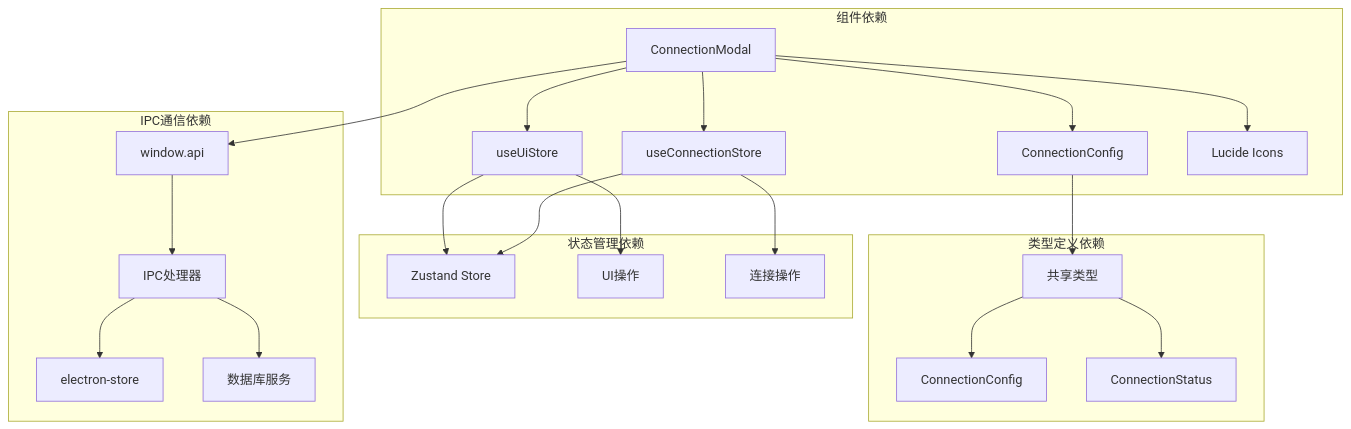
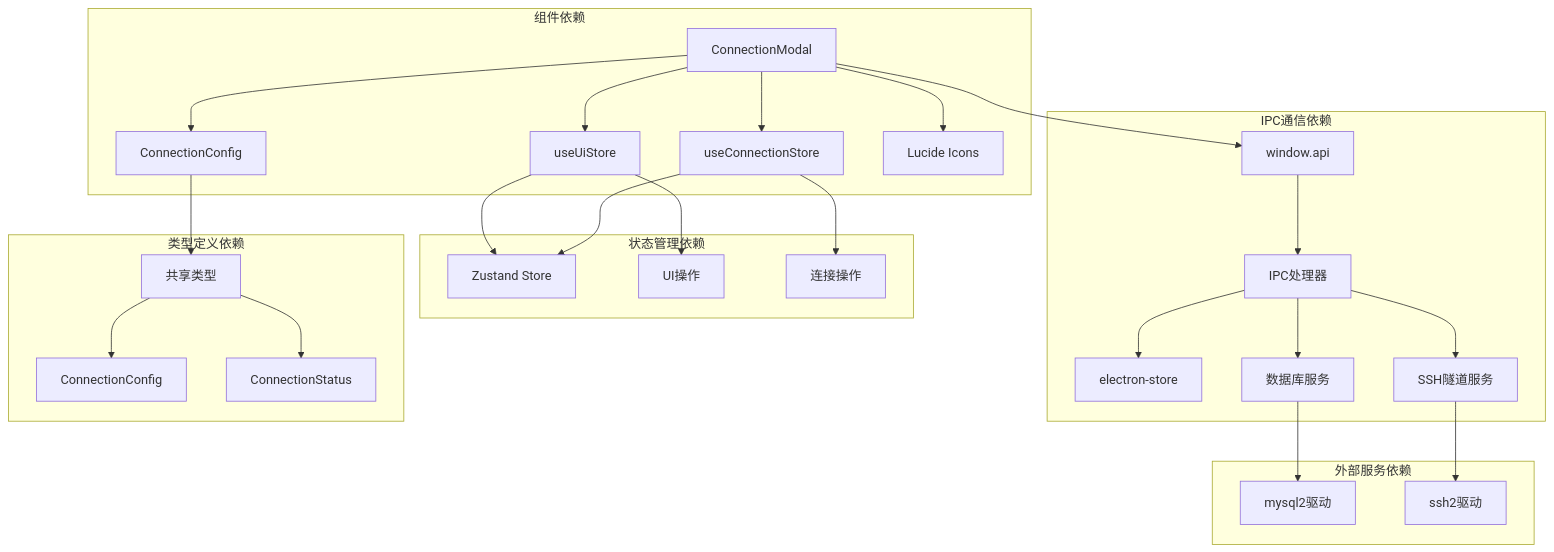
Diagram 12 of 13 in .qoder/repowiki/zh/content/架构设计/组件系统架构/工具组件/连接弹窗组件.md (wwenbo2048/nexsql), drawn with Mermaid before and after one commit. The commit also changed other lines of this file and 19 other files, not shown here.

````diff
--- a/.qoder/repowiki/zh/content/架构设计/组件系统架构/工具组件/连接弹窗组件.md
+++ b/.qoder/repowiki/zh/content/架构设计/组件系统架构/工具组件/连接弹窗组件.md
@@ -418,26 +527,31 @@
 ```mermaid
 graph TB
 subgraph "组件依赖"
 CM[ConnectionModal] --> UIStore[useUiStore]
 CM --> ConnStore[useConnectionStore]
 CM --> Types[ConnectionConfig]
 CM --> Icons[Lucide Icons]
 end
 subgraph "状态管理依赖"
 UIStore --> Zustand[Zustand Store]
 ConnStore --> Zustand
 UIStore --> UIActions[UI操作]
 ConnStore --> ConnActions[连接操作]
 end
 subgraph "IPC通信依赖"
 CM --> PreloadAPI[window.api]
 PreloadAPI --> IPCHandlers[IPC处理器]
 IPCHandlers --> MainStore[electron-store]
 IPCHandlers --> DBService[数据库服务]
+IPCHandlers --> SSHService[SSH隧道服务]
 end
 subgraph "类型定义依赖"
 Types --> SharedTypes[共享类型]
 SharedTypes --> ConnectionConfig
 SharedTypes --> ConnectionStatus
 end
+subgraph "外部服务依赖"
+DBService --> MySQL2[mysql2驱动]
+SSHService --> SSH2[ssh2驱动]
+end
 ```
````
